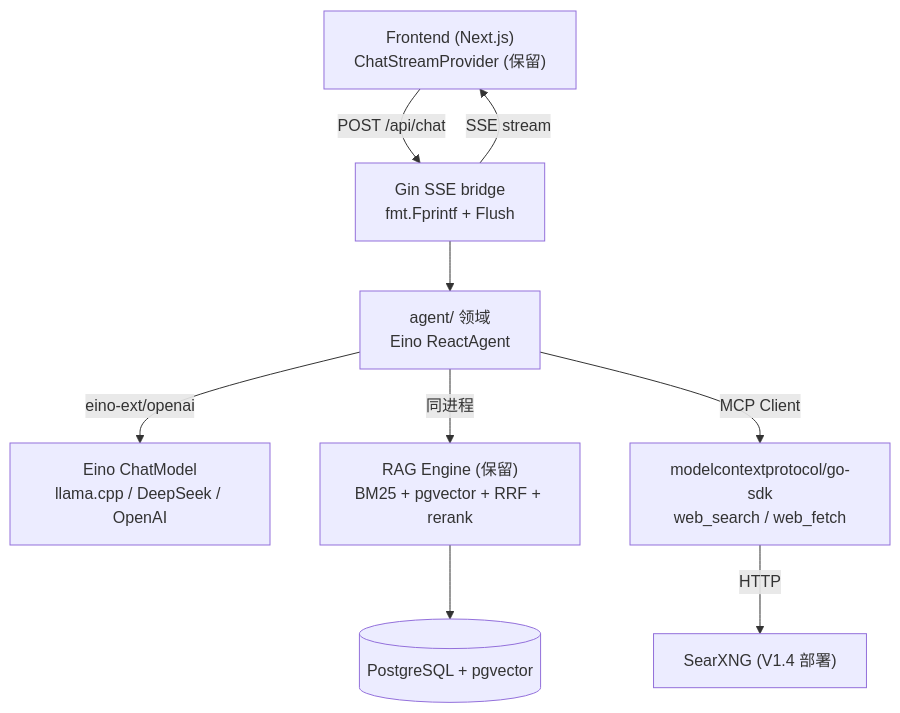
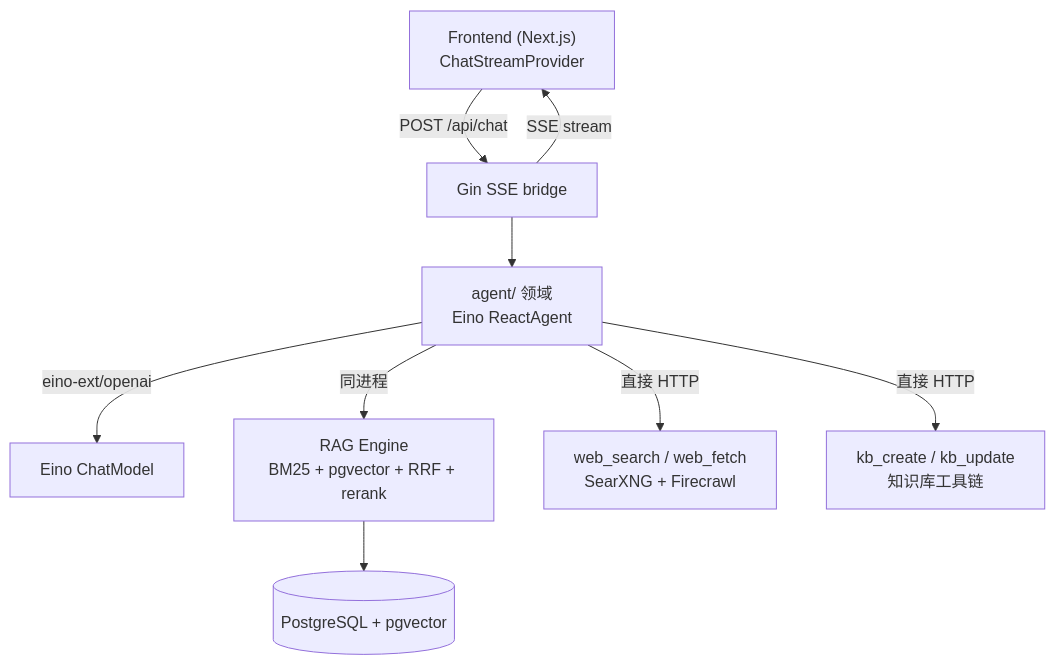
One commit to int2t05/Cognik changed the ninth of 10 diagrams in docs/ROADMAP.md. Above: the diagram before and after it, drawn with Mermaid. The commit also changed other lines of this file, not shown here.

First line of the commit message:
docs(roadmap): 全量更新 — 新增 V1.5 知识库组织 + 简洁纯净

````diff
--- a/docs/ROADMAP.md
+++ b/docs/ROADMAP.md
@@ -429,12 +456,12 @@
 ```mermaid
 flowchart TB
-    FE["Frontend (Next.js)<br/>ChatStreamProvider (保留)"]
-    FE -->|"POST /api/chat"| SSE["Gin SSE bridge<br/>fmt.Fprintf + Flush"]
+    FE["Frontend (Next.js)<br/>ChatStreamProvider"]
+    FE -->|"POST /api/chat"| SSE["Gin SSE bridge"]
     SSE --> AGENT["agent/ 领域<br/>Eino ReactAgent"]
-    AGENT -->|"eino-ext/openai"| LLM["Eino ChatModel<br/>llama.cpp / DeepSeek / OpenAI"]
-    AGENT -->|"同进程"| RAG["RAG Engine (保留)<br/>BM25 + pgvector + RRF + rerank"]
-    AGENT -->|"MCP Client"| MCP["modelcontextprotocol/go-sdk<br/>web_search / web_fetch"]
-    MCP -->|"HTTP"| SX["SearXNG (V1.4 部署)"]
+    AGENT -->|"eino-ext/openai"| LLM["Eino ChatModel"]
+    AGENT -->|"同进程"| RAG["RAG Engine<br/>BM25 + pgvector + RRF + rerank"]
+    AGENT -->|"直接 HTTP"| SEARCH["web_search / web_fetch<br/>SearXNG + Firecrawl"]
+    AGENT -->|"直接 HTTP"| KB["kb_create / kb_update<br/>知识库工具链"]
     SSE -->|"SSE stream"| FE
     RAG --> PG[("PostgreSQL + pgvector")]
 ```
````
